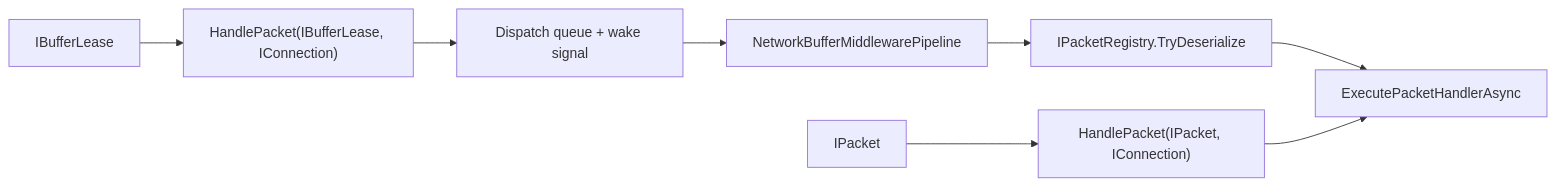
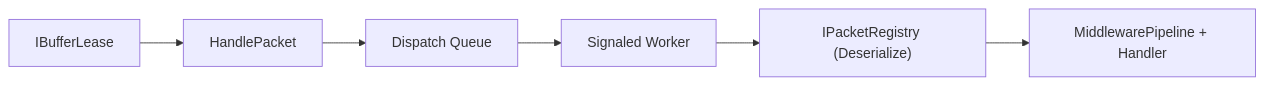
One commit to ppn-systems/AutoX.Gara changed the second of 2 diagrams in nalix-docs/api/runtime/routing/packet-dispatch.md. Above: the diagram before and after it, drawn with Mermaid. The commit also changed other lines of this file and 495 other files, not shown here.

````diff
--- a/nalix-docs/api/runtime/routing/packet-dispatch.md
+++ b/nalix-docs/api/runtime/routing/packet-dispatch.md
@@ -31,11 +45,8 @@
 ```mermaid
 flowchart LR
-    A["IBufferLease"] --> B["HandlePacket(IBufferLease, IConnection)"]
-    B --> C["Dispatch queue + wake signal"]
-    C --> D["NetworkBufferMiddlewarePipeline"]
-    D --> E["IPacketRegistry.TryDeserialize"]
-    E --> F["ExecutePacketHandlerAsync"]
-
-    X["IPacket"] --> Y["HandlePacket(IPacket, IConnection)"]
-    Y --> F
+    A["IBufferLease"] --> B["HandlePacket"]
+    B --> C["Dispatch Queue"]
+    C --> D["Signaled Worker"]
+    D --> E["IPacketRegistry (Deserialize)"]
+    E --> F["MiddlewarePipeline + Handler"]
 ```
````
